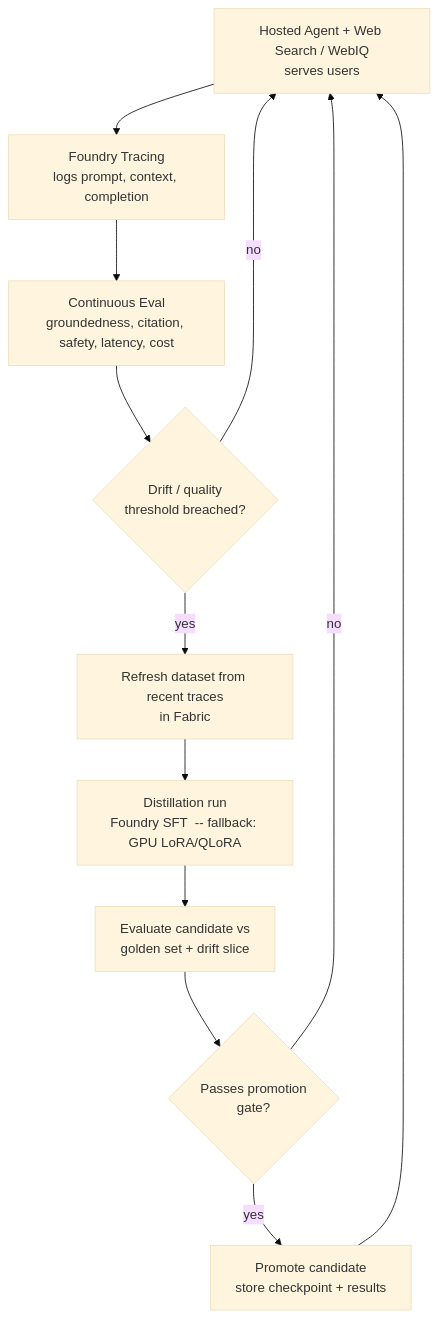
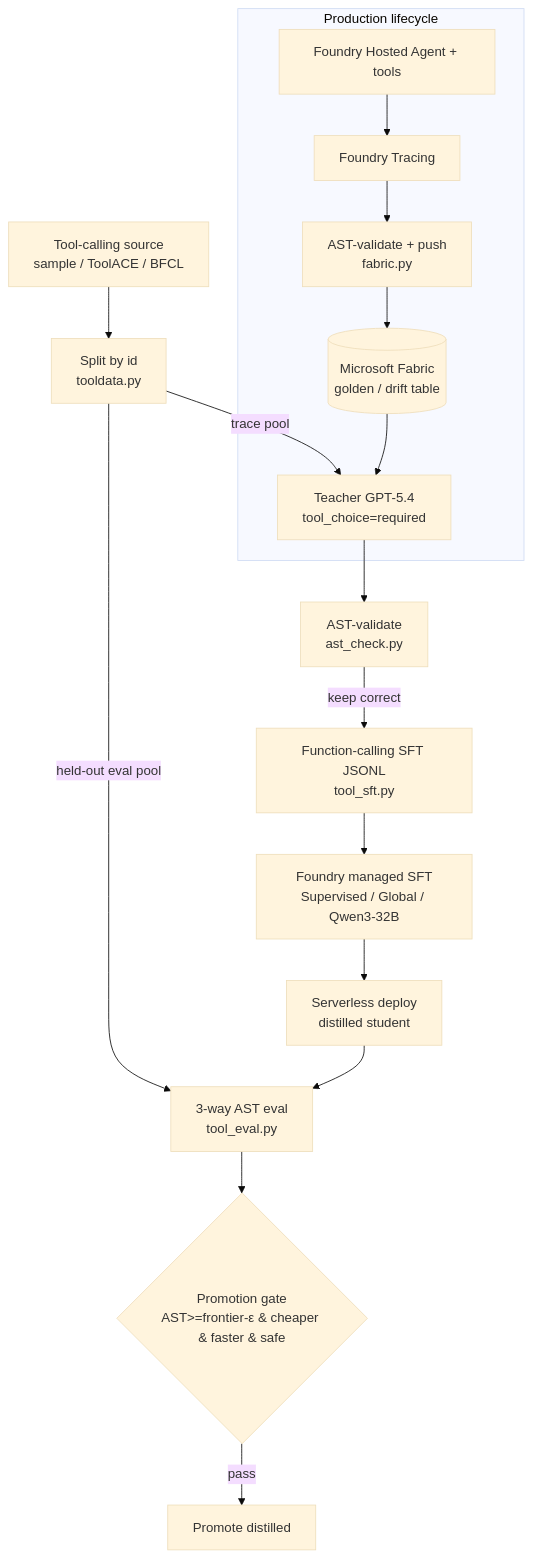
One commit to jdelgado1/llops changed the diagram in docs/distillation-loop.md. Above: the diagram before and after it, drawn with Mermaid (base theme). The commit also changed other lines of this file and 25 other files, not shown here.

Commit message:
Pivot pipeline to Option A tool-calling + Qwen3-32B flow

````diff
--- a/docs/distillation-loop.md
+++ b/docs/distillation-loop.md
@@ -56,14 +8,19 @@
 ```mermaid
 flowchart TD
-    A[Hosted Agent + Web Search / WebIQ<br/>serves users] --> B[Foundry Tracing<br/>logs prompt, context, completion]
-    B --> C[Continuous Eval<br/>groundedness, citation, safety, latency, cost]
-    C --> D{Drift / quality<br/>threshold breached?}
-    D -- no --> A
-    D -- yes --> E[Refresh dataset from recent traces<br/>in Fabric]
-    E --> F[Distillation run<br/>Foundry SFT  -- fallback: GPU LoRA/QLoRA]
-    F --> G[Evaluate candidate vs<br/>golden set + drift slice]
-    G --> H{Passes promotion<br/>gate?}
-    H -- no --> A
-    H -- yes --> I[Promote candidate<br/>store checkpoint + results]
-    I --> A
+    A[Tool-calling source<br/>sample / ToolACE / BFCL] --> B[Split by id<br/>tooldata.py]
+    B -->|trace pool| C[Teacher GPT-5.4<br/>tool_choice=required]
+    C --> D[AST-validate<br/>ast_check.py]
+    D -->|keep correct| E[Function-calling SFT JSONL<br/>tool_sft.py]
+    E --> F[Foundry managed SFT<br/>Supervised / Global / Qwen3-32B]
+    F --> G[Serverless deploy<br/>distilled student]
+    B -->|held-out eval pool| H[3-way AST eval<br/>tool_eval.py]
+    G --> H
+    H --> I{Promotion gate<br/>AST>=frontier-ε & cheaper & faster & safe}
+    I -->|pass| J[Promote distilled]
+    subgraph Production lifecycle
+      K[Foundry Hosted Agent + tools] --> L[Foundry Tracing]
+      L --> M[AST-validate + push<br/>fabric.py]
+      M --> N[(Microsoft Fabric<br/>golden / drift table)]
+      N --> C
+    end
 ```
````
